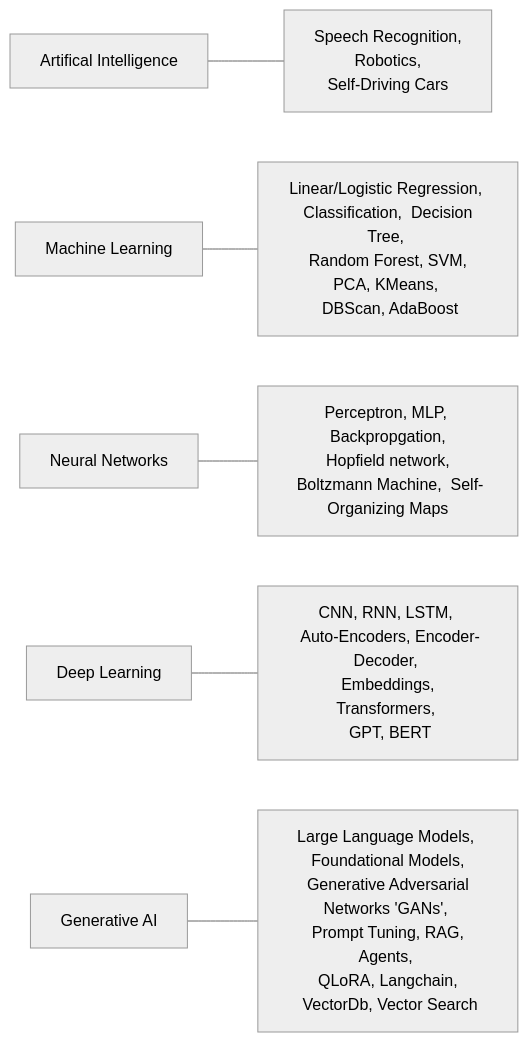
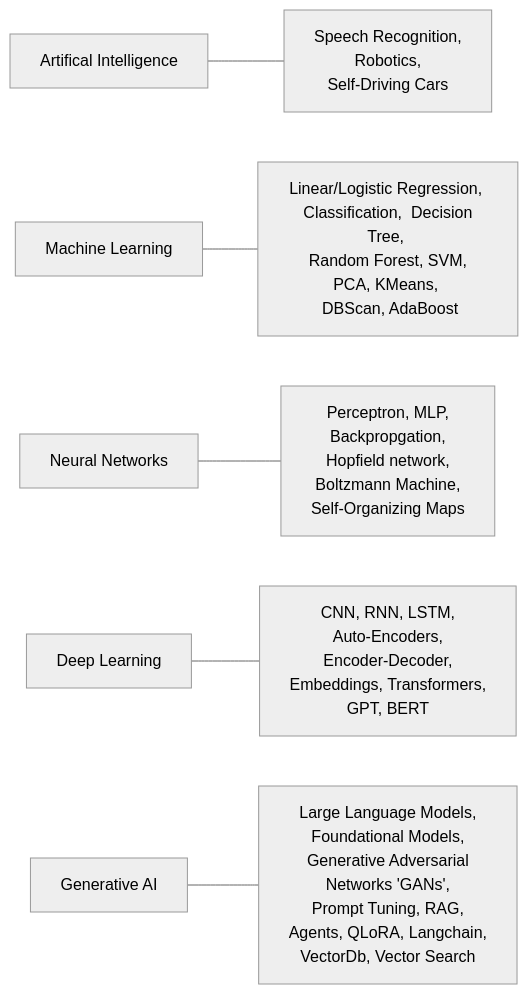
One commit to Peak-Worth/mlrun.in changed the diagram in docs/source/ML.md. Above: the diagram before and after it, drawn with Mermaid. The commit also changed other lines of this file, not shown here.

````diff
--- a/docs/source/ML.md
+++ b/docs/source/ML.md
@@ -5,10 +5,10 @@
 ```{mermaid}
 %%{init: {'theme': 'neutral'}}%%
 
 flowchart LR
     A["Artifical Intelligence"] --- a1["Speech Recognition, <br> Robotics, <br> Self-Driving Cars"]
     B["Machine Learning"] --- b1["Linear/Logistic Regression, <br> Classification,  Decision Tree, <br> Random Forest, SVM, <br> PCA, KMeans,  <br> DBScan, AdaBoost"]
-    C["Neural Networks"] --- c1["Perceptron, MLP, <br> Backpropgation, <br> Hopfield network, <br> Boltzmann Machine,  Self-Organizing Maps"]
-    D["Deep Learning"] --- d1["CNN, RNN, LSTM, <br> Auto-Encoders, Encoder-Decoder, <br> Embeddings, Transformers, <br> GPT, BERT"]
-    E["Generative AI"] --- e1["Large Language Models, <br> Foundational Models, <br> Generative Adversarial Networks 'GANs', <br> Prompt Tuning, RAG, Agents, <br> QLoRA, Langchain, <br> VectorDb, Vector Search"]
+    C["Neural Networks"] --- c1["Perceptron, MLP, <br> Backpropgation, <br> Hopfield network, <br> Boltzmann Machine,  <br> Self-Organizing Maps"]
+    D["Deep Learning"] --- d1["CNN, RNN, LSTM, <br> Auto-Encoders, <br> Encoder-Decoder, <br> Embeddings, Transformers, <br> GPT, BERT"]
+    E["Generative AI"] --- e1["Large Language Models, <br> Foundational Models, <br> Generative Adversarial <br> Networks 'GANs', <br> Prompt Tuning, RAG, <br> Agents, QLoRA, Langchain, <br> VectorDb, Vector Search"]
 ```
````
